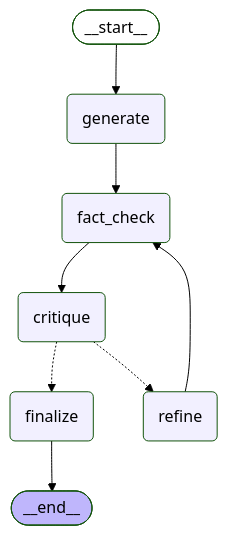
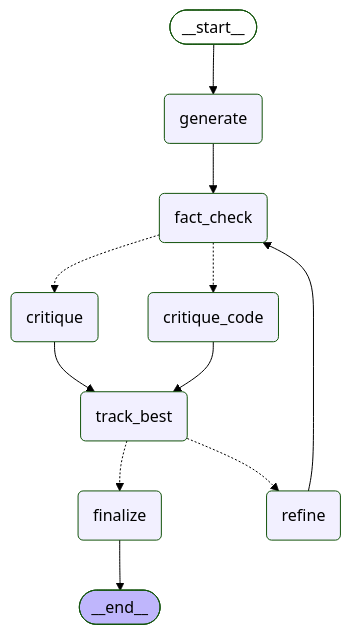
One commit to PrajwalThorat-Dev/Self-Reviewing-Model changed the diagram in graph/diagram.md. Above: the diagram before and after it, drawn with Mermaid (forest theme). The commit also changed 17 other files, not shown here.

````diff
--- a/graph/diagram.md
+++ b/graph/diagram.md
@@ -1,20 +1,25 @@
 ```mermaid
 graph TD;
 	__start__([<p>__start__</p>]):::first
 	generate(generate)
 	fact_check(fact_check)
 	critique(critique)
+	critique_code(critique_code)
 	refine(refine)
+	track_best(track_best)
 	finalize(finalize)
 	__end__([<p>__end__</p>]):::last
 	__start__ --> generate;
-	critique -.-> finalize;
-	critique -.-> refine;
-	fact_check --> critique;
+	critique --> track_best;
+	critique_code --> track_best;
+	fact_check -.-> critique;
+	fact_check -.-> critique_code;
 	generate --> fact_check;
 	refine --> fact_check;
+	track_best -.-> finalize;
+	track_best -.-> refine;
 	finalize --> __end__;
 	classDef default fill:#f2f0ff,line-height:1.2
 	classDef first fill-opacity:0
 	classDef last fill:#bfb6fc
 ```
````
